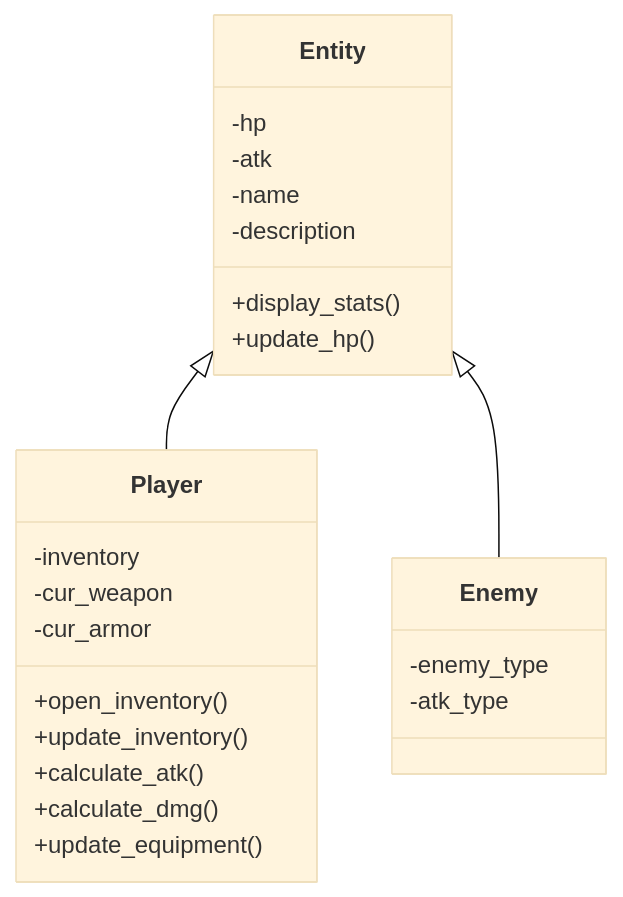
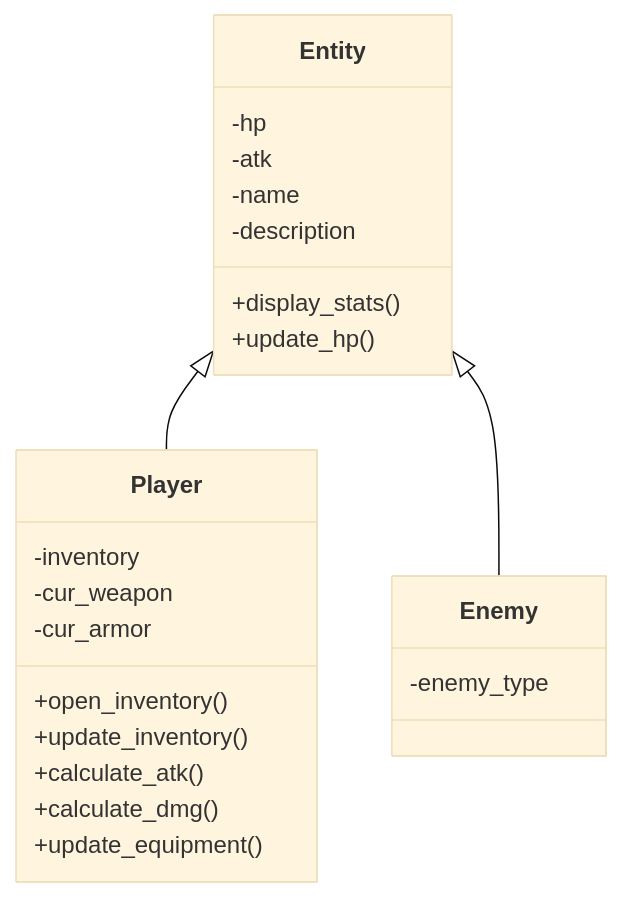
One commit to edward-yee-ny/j1-summary-project-private- changed the third of 4 diagrams in README.md. Above: the diagram before and after it, drawn with Mermaid (base theme).

````diff
--- a/README.md
+++ b/README.md
@@ -89,21 +89,20 @@
 ```mermaid
 classDiagram
     Entity <|-- Player
     Entity <|-- Enemy
     Entity : -hp
     Entity : -atk
     Entity : -name
     Entity : -description
     Entity : +display_stats()
     Entity : +update_hp()
     Player : -inventory
     Player : -cur_weapon
     Player : -cur_armor
     Player : +open_inventory()
     Player : +update_inventory()
     Player : +calculate_atk()
     Player : +calculate_dmg()
     Player : +update_equipment()
     Enemy : -enemy_type
-    Enemy : -atk_type
 ```
````
